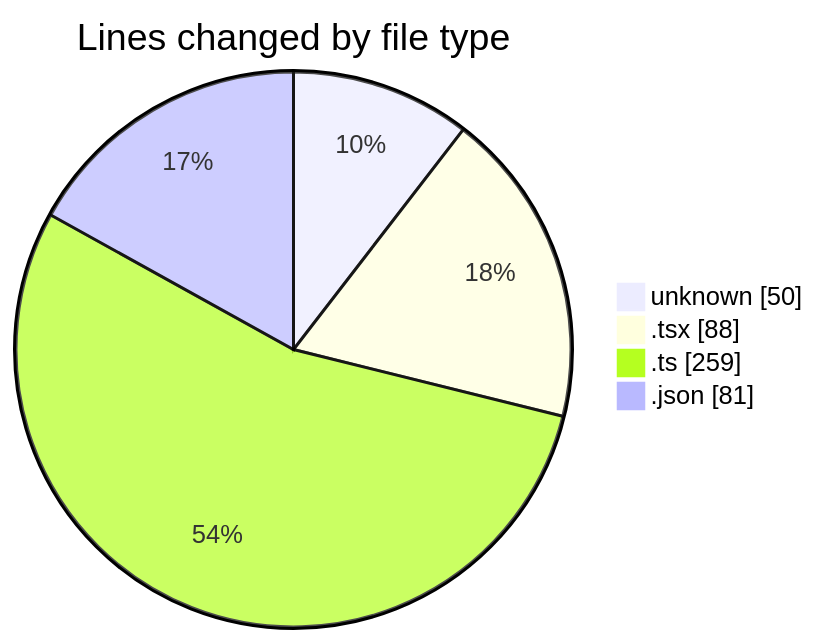
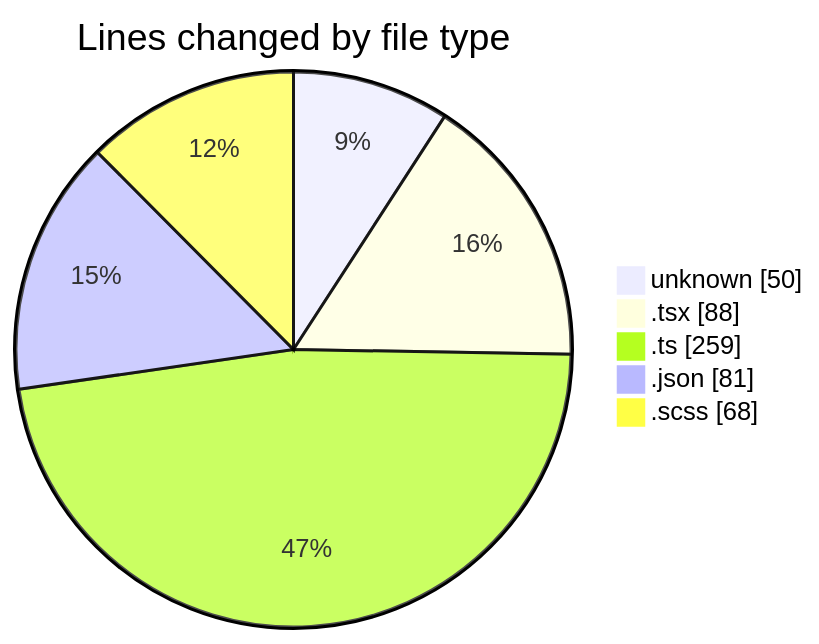
One commit to momahboobian/code-tracking changed the first of 2 diagrams in 2026-08-28/cda/README.md. Above: the diagram before and after it, drawn with Mermaid. The commit also changed other lines of this file and 1 other file, not shown here.

````diff
--- a/2026-08-28/cda/README.md
+++ b/2026-08-28/cda/README.md
@@ -23,8 +24,9 @@
 ```mermaid
 pie showData
 title Lines changed by file type
 "unknown" : 50
 ".tsx" : 88
 ".ts" : 259
 ".json" : 81
+".scss" : 68
 ```
````
